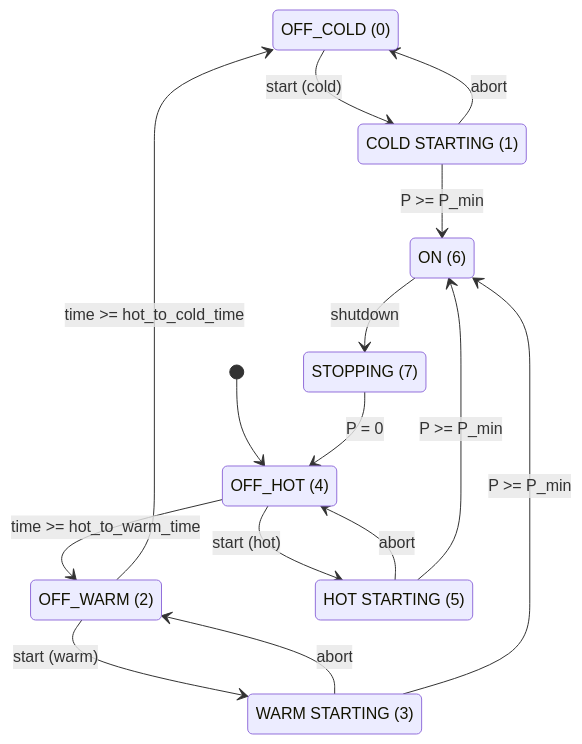
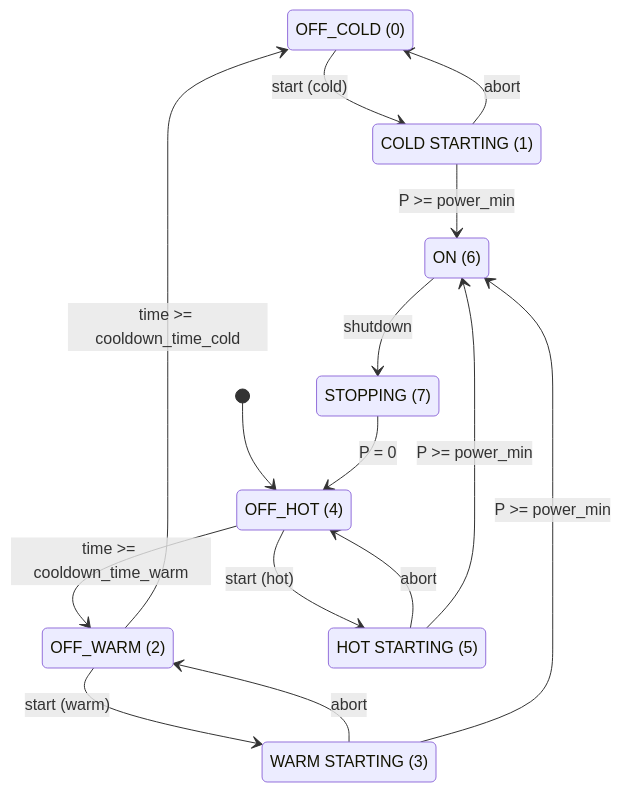
Before and after one commit to NatLabRockies/hercules: the diagram in docs/thermal_component_base.md, drawn with Mermaid. The commit also changed other lines of this file and 122 other files, not shown here.

````diff
--- a/docs/thermal_component_base.md
+++ b/docs/thermal_component_base.md
@@ -18,36 +18,36 @@
 ```{mermaid}
 stateDiagram-v2
     direction TB
 
     state "OFF_COLD (0)" as OffCold
     state "COLD STARTING (1)" as Cold
     state "OFF_WARM (2)" as OffWarm
     state "WARM STARTING (3)" as Warm
     state "OFF_HOT (4)" as OffHot
     state "HOT STARTING (5)" as Hot
     state "ON (6)" as On
     state "STOPPING (7)" as Stop
 
 
     [*] --> OffHot
 
     OffHot --> Hot: start (hot)
     OffWarm --> Warm: start (warm)
     OffCold --> Cold: start (cold)
 
     Hot --> OffHot: abort
-    Hot --> On: P >= P_min
+    Hot --> On: P >= power_min
 
     Warm --> OffWarm: abort
-    Warm --> On: P >= P_min
+    Warm --> On: P >= power_min
 
     Cold --> OffCold: abort
-    Cold --> On: P >= P_min
+    Cold --> On: P >= power_min
 
     On --> Stop: shutdown
 
     Stop --> OffHot: P = 0
 
-    OffHot --> OffWarm: time >= hot_to_warm_time
-    OffWarm --> OffCold: time >= hot_to_cold_time
+    OffHot --> OffWarm: time >= cooldown_time_warm
+    OffWarm --> OffCold: time >= cooldown_time_cold
 ```
````
